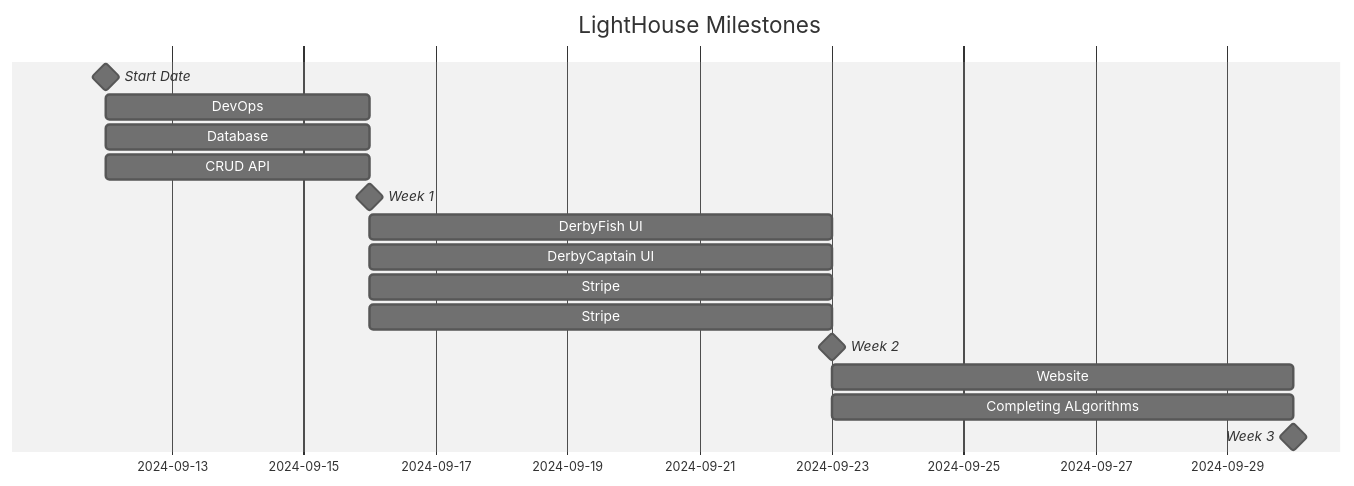
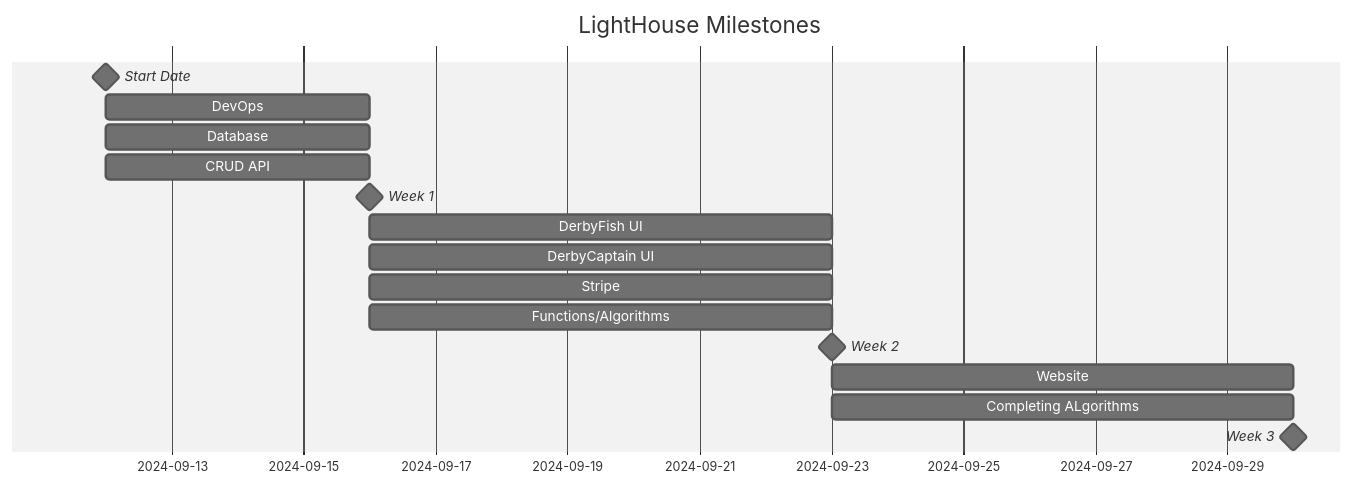
Before and after one commit to AGFarms/derbyfish-docs: the diagram in Derby.Fish.md, drawn with Mermaid (neutral theme).

````diff
--- a/Derby.Fish.md
+++ b/Derby.Fish.md
@@ -4,18 +4,18 @@
 ```mermaid
 gantt
     title LightHouse Milestones
     Start Date :milestone, 2024-09-12, 2024-09-12
     DevOps : 2024-09-12, 4d 
     Database : 2024-09-12, 4d 
     CRUD API : 2024-09-12, 4d
     Week 1 :milestone, 2024-09-16, 2024-09-16
     
     DerbyFish UI : 2024-09-16, 7d 
     DerbyCaptain UI : 2024-09-16, 7d 
     Stripe : 2024-09-16, 7d
-    Stripe : 2024-09-16, 7d
+    Functions/Algorithms : 2024-09-16, 7d
     Week 2 :milestone, 2024-09-23, 2024-09-23
     Website : 2024-09-23, 7d 
     Completing ALgorithms : 2024-09-23, 7d 
     Week 3 :milestone, 2024-09-30, 2024-09-30
 ```
````
